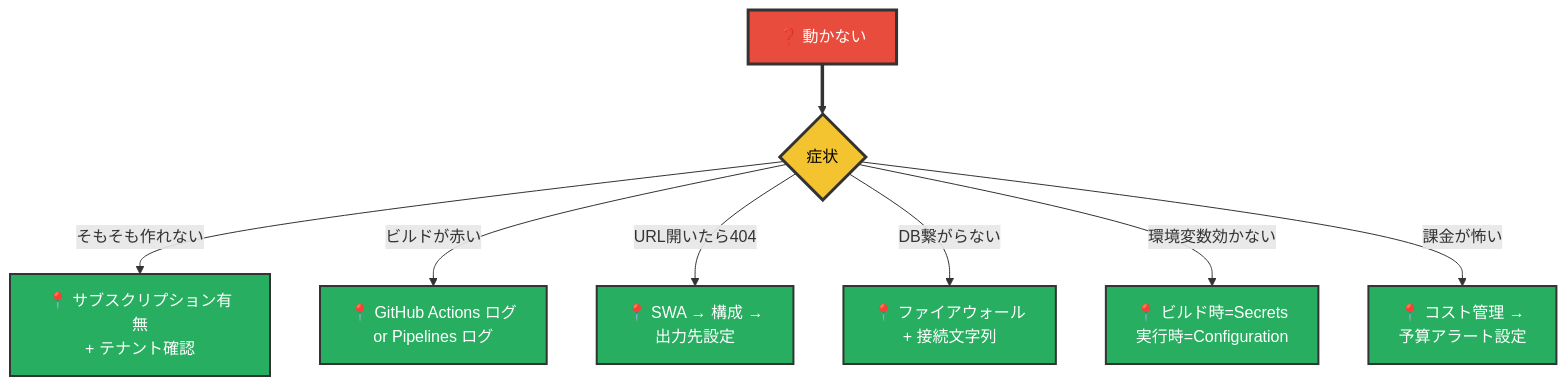
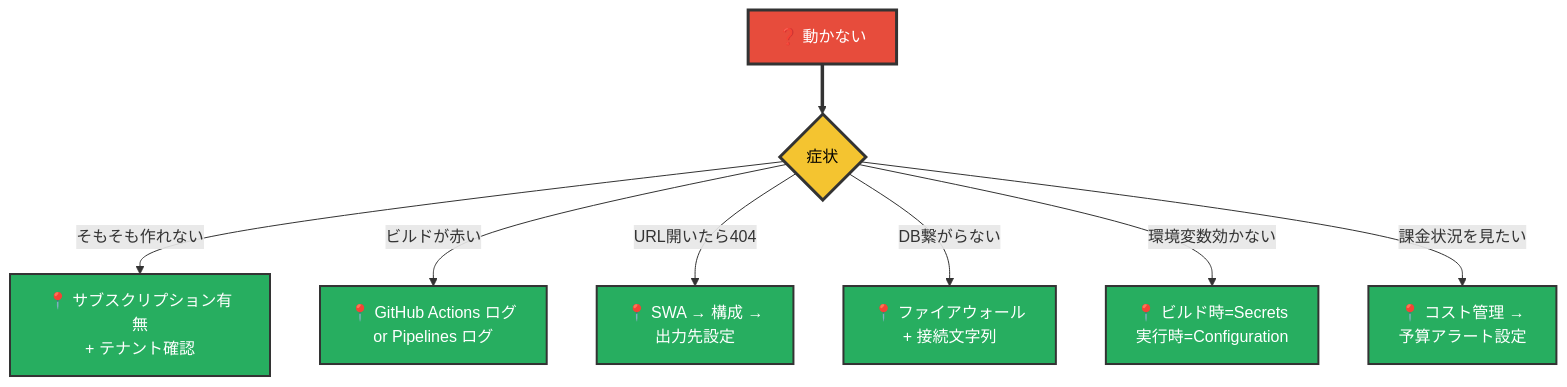
Before and after one commit to kasuyaofcb/tech_docs: diagram 19 of 19 in azure/setup.md, drawn with Mermaid. The commit also changed other lines of this file and 1 other file, not shown here.

````diff
--- a/azure/setup.md
+++ b/azure/setup.md
@@ -609,20 +609,20 @@
 ```mermaid
 flowchart TB
     P["❓ 動かない"] ==> Q{"症状"}
 
     Q -->|"そもそも作れない"| A1["📍 サブスクリプション有無<br/>+ テナント確認"]
     Q -->|"ビルドが赤い"| A2["📍 GitHub Actions ログ<br/>or Pipelines ログ"]
     Q -->|"URL開いたら404"| A3["📍 SWA → 構成 →<br/>出力先設定"]
     Q -->|"DB繋がらない"| A4["📍 ファイアウォール<br/>+ 接続文字列"]
     Q -->|"環境変数効かない"| A5["📍 ビルド時=Secrets<br/>実行時=Configuration"]
-    Q -->|"課金が怖い"| A6["📍 コスト管理 →<br/>予算アラート設定"]
+    Q -->|"課金状況を見たい"| A6["📍 コスト管理 →<br/>予算アラート設定"]
 
     style P fill:#E74C3C,color:#FFFFFF,stroke:#333,stroke-width:3px
     style Q fill:#F4C430,color:#000,stroke:#333,stroke-width:3px
     style A1 fill:#27AE60,color:#FFFFFF,stroke:#333,stroke-width:2px
     style A2 fill:#27AE60,color:#FFFFFF,stroke:#333,stroke-width:2px
     style A3 fill:#27AE60,color:#FFFFFF,stroke:#333,stroke-width:2px
     style A4 fill:#27AE60,color:#FFFFFF,stroke:#333,stroke-width:2px
     style A5 fill:#27AE60,color:#FFFFFF,stroke:#333,stroke-width:2px
     style A6 fill:#27AE60,color:#FFFFFF,stroke:#333,stroke-width:2px
 ```
````
